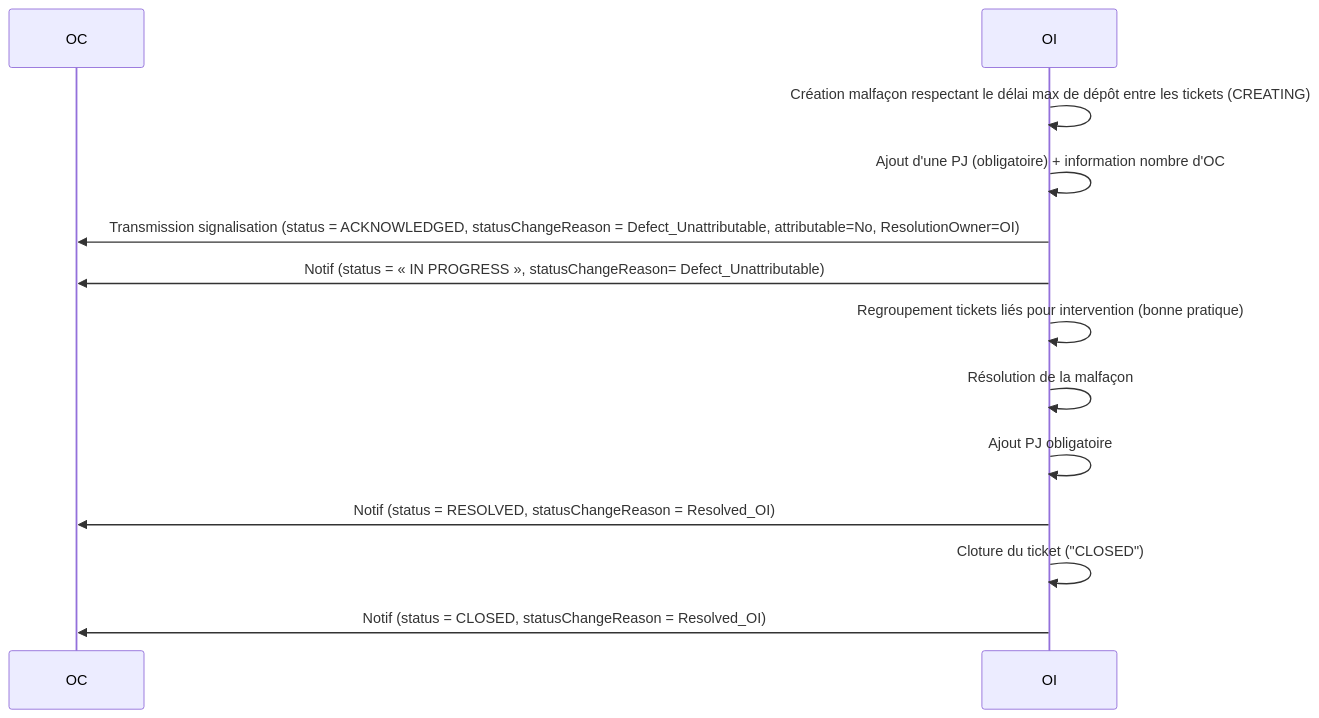
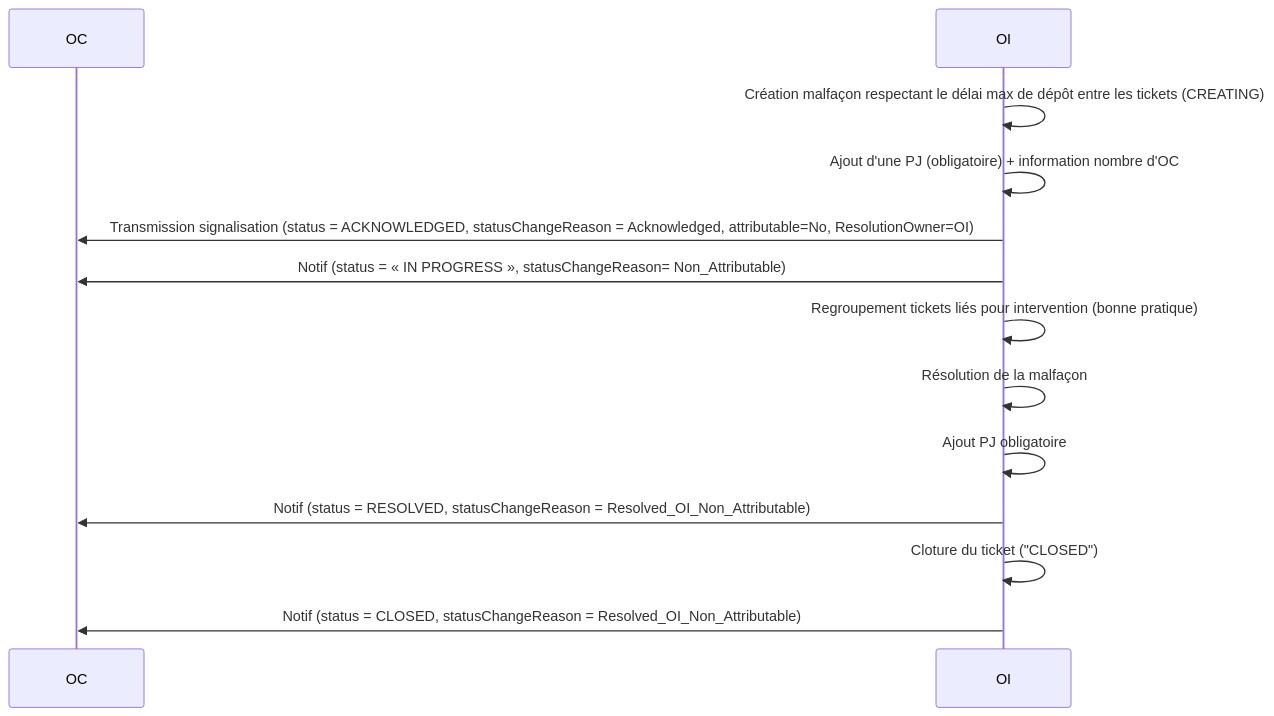
The tenth of 12 diagrams in README.md (before-interop/malfacon), drawn with Mermaid before and after one commit. The commit also changed other lines of this file, not shown here.

````diff
--- a/README.md
+++ b/README.md
@@ -589,17 +589,17 @@
 ```mermaid
 sequenceDiagram
 
   participant OC
   participant OI
 
   OI->>OI: Création malfaçon respectant le délai max de dépôt entre les tickets (CREATING)
   OI->>OI: Ajout d'une PJ (obligatoire) + information nombre d'OC
-  OI->>OC: Transmission signalisation (status = ACKNOWLEDGED, statusChangeReason = Defect_Unattributable, attributable=No, ResolutionOwner=OI)
-  OI->>OC: Notif (status = « IN PROGRESS », statusChangeReason= Defect_Unattributable)
+  OI->>OC: Transmission signalisation (status = ACKNOWLEDGED, statusChangeReason = Acknowledged, attributable=No, ResolutionOwner=OI)
+  OI->>OC: Notif (status = « IN PROGRESS », statusChangeReason= Non_Attributable)
   OI->>OI: Regroupement tickets liés pour intervention (bonne pratique)
   OI->>OI: Résolution de la malfaçon
   OI->>OI: Ajout PJ obligatoire
-  OI->>OC: Notif (status = RESOLVED, statusChangeReason = Resolved_OI)
+  OI->>OC: Notif (status = RESOLVED, statusChangeReason = Resolved_OI_Non_Attributable)
   OI->>OI: Cloture du ticket ("CLOSED")
-  OI->>OC: Notif (status = CLOSED, statusChangeReason = Resolved_OI)
+  OI->>OC: Notif (status = CLOSED, statusChangeReason = Resolved_OI_Non_Attributable)
 ```
````
